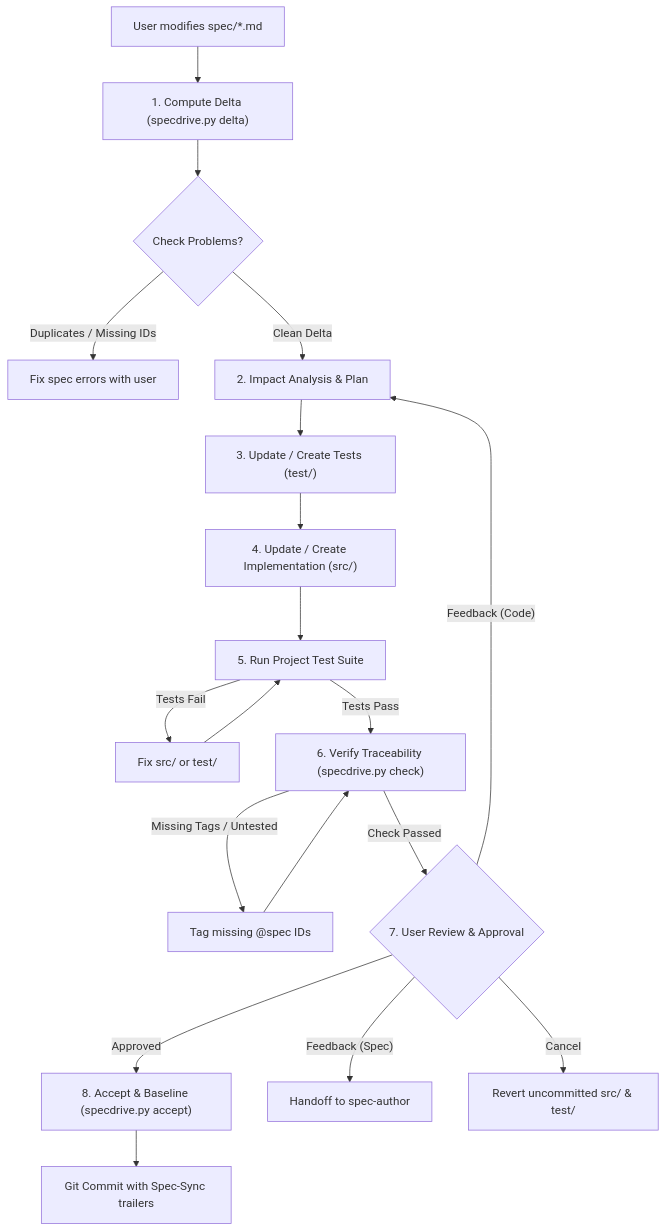
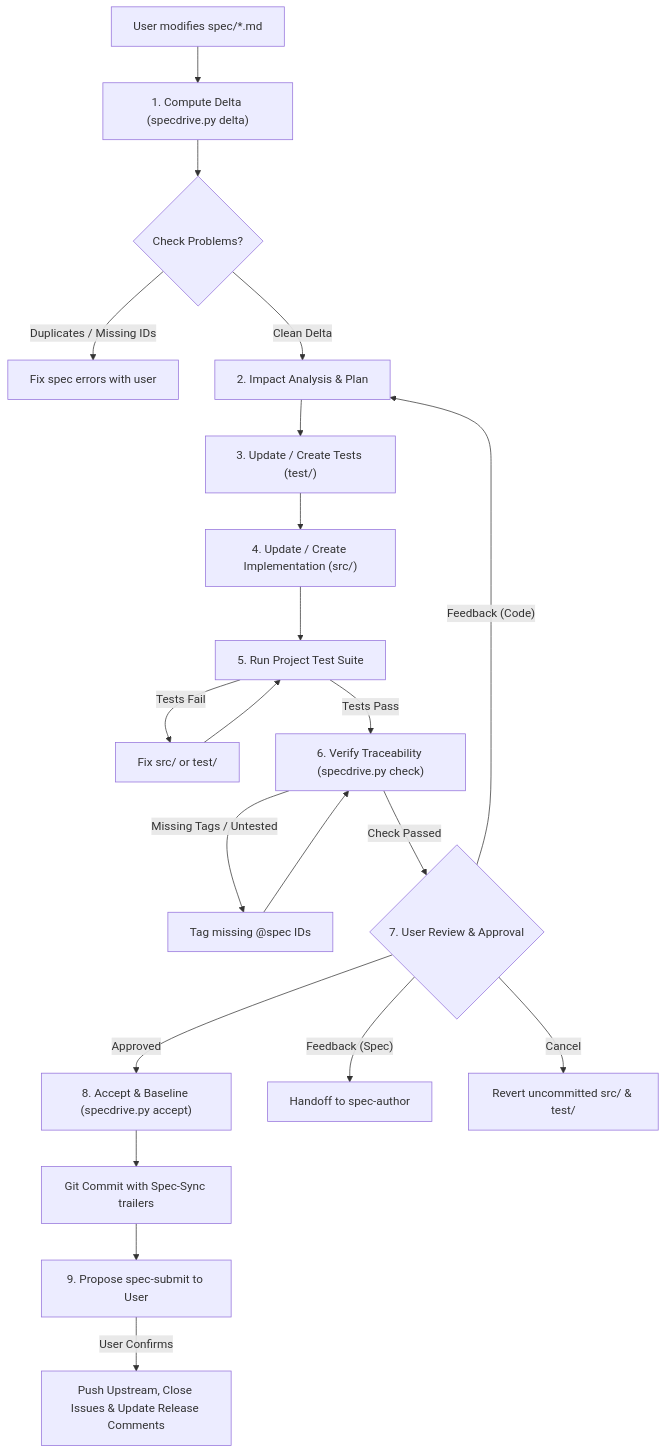
The diagram in .agents/skills/spec-sync/references/sync-protocol.md (junov/SpecDrive), drawn with Mermaid before and after one commit. The commit also changed other lines of this file and 6 other files, not shown here.

Commit message:
Add spec-submit skill, issue discovery/linking, and TODO hygiene

````diff
--- a/.agents/skills/spec-sync/references/sync-protocol.md
+++ b/.agents/skills/spec-sync/references/sync-protocol.md
@@ -8,21 +8,23 @@
 ```mermaid
 flowchart TD
     A["User modifies spec/*.md"] --> B["1. Compute Delta (specdrive.py delta)"]
     B --> C{"Check Problems?"}
     C -- "Duplicates / Missing IDs" --> D["Fix spec errors with user"]
     C -- "Clean Delta" --> E["2. Impact Analysis & Plan"]
     E --> F["3. Update / Create Tests (test/)"]
     F --> G["4. Update / Create Implementation (src/)"]
     G --> H["5. Run Project Test Suite"]
     H -- "Tests Fail" --> I["Fix src/ or test/"]
     I --> H
     H -- "Tests Pass" --> J["6. Verify Traceability (specdrive.py check)"]
     J -- "Missing Tags / Untested" --> K["Tag missing @spec IDs"]
     K --> J
     J -- "Check Passed" --> L{"7. User Review & Approval"}
     L -- "Approved" --> M["8. Accept & Baseline (specdrive.py accept)"]
     M --> N["Git Commit with Spec-Sync trailers"]
+    N --> Q["9. Propose spec-submit to User"]
+    Q -- "User Confirms" --> R["Push Upstream, Close Issues & Update Release Comments"]
     L -- "Feedback (Spec)" --> O["Handoff to spec-author"]
     L -- "Feedback (Code)" --> E
     L -- "Cancel" --> P["Revert uncommitted src/ & test/"]
 ```
````
